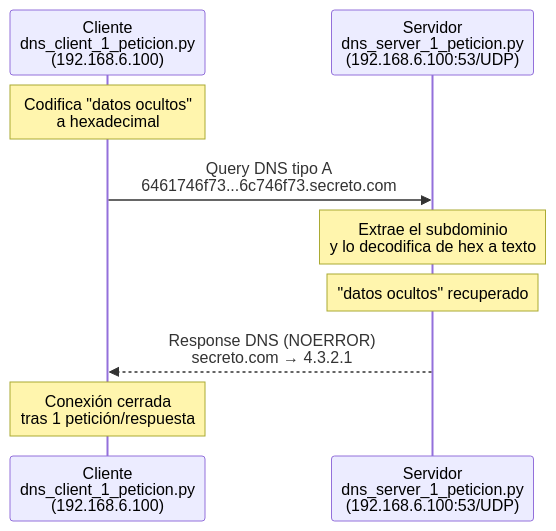
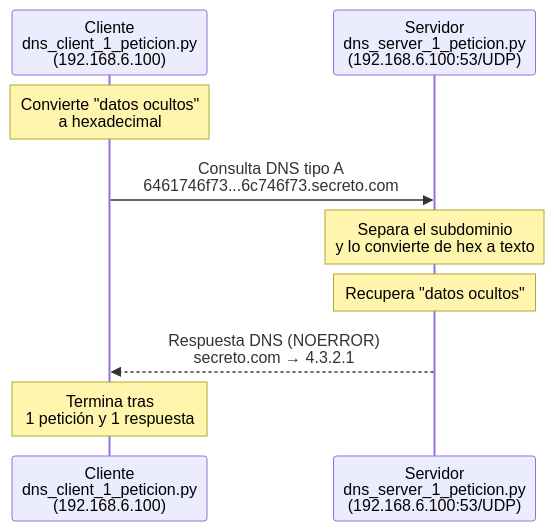
One commit to misteralva/ASIR changed the diagram in Seguretat Sistemes, Xarxes i Serveis/DNSpy.md. Above: the diagram before and after it, drawn with Mermaid. The commit also changed other lines of this file, not shown here.

````diff
--- a/Seguretat Sistemes, Xarxes i Serveis/DNSpy.md
+++ b/Seguretat Sistemes, Xarxes i Serveis/DNSpy.md
@@ -21,12 +23,12 @@
 ```mermaid
 sequenceDiagram
     participant C as Cliente<br/>dns_client_1_peticion.py<br/>(192.168.6.100)
     participant S as Servidor<br/>dns_server_1_peticion.py<br/>(192.168.6.100:53/UDP)
 
-    Note over C: Codifica "datos ocultos"<br/>a hexadecimal
-    C->>S: Query DNS tipo A<br/>6461746f73...6c746f73.secreto.com
-    Note over S: Extrae el subdominio<br/>y lo decodifica de hex a texto
-    Note over S: "datos ocultos" recuperado
-    S-->>C: Response DNS (NOERROR)<br/>secreto.com → 4.3.2.1
-    Note over C: Conexión cerrada<br/>tras 1 petición/respuesta
+    Note over C: Convierte "datos ocultos"<br/>a hexadecimal
+    C->>S: Consulta DNS tipo A<br/>6461746f73...6c746f73.secreto.com
+    Note over S: Separa el subdominio<br/>y lo convierte de hex a texto
+    Note over S: Recupera "datos ocultos"
+    S-->>C: Respuesta DNS (NOERROR)<br/>secreto.com → 4.3.2.1
+    Note over C: Termina tras<br/>1 petición y 1 respuesta
 ```
````
